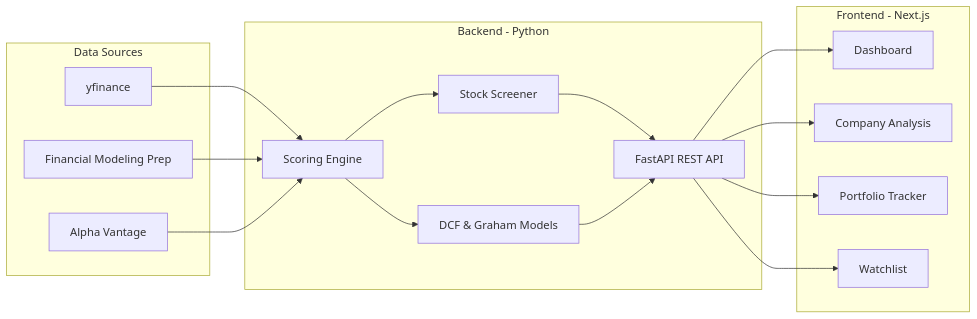
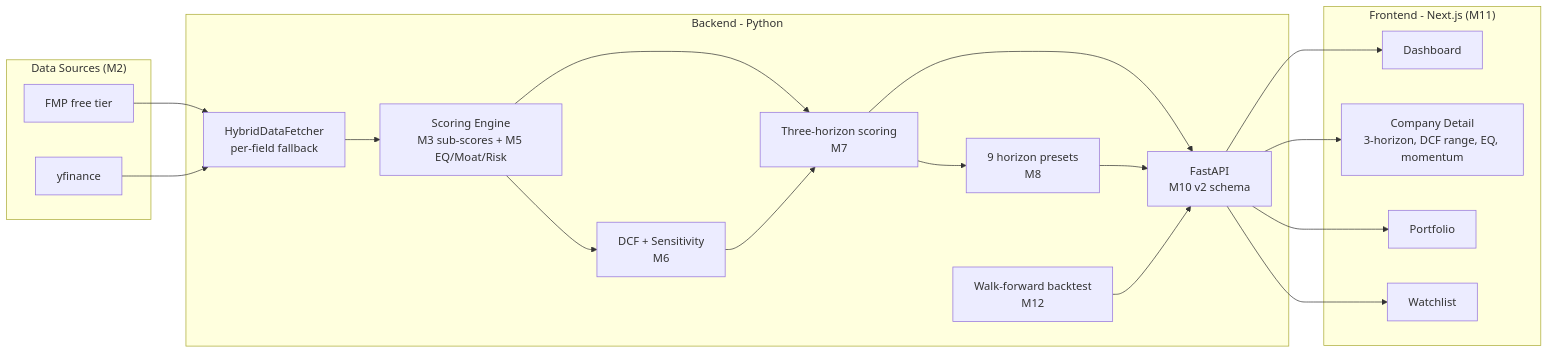
The diagram in README.md (TomSOhm/invest), drawn with Mermaid before and after one commit. The commit also changed other lines of this file and 9 other files, not shown here.

Commit message:
docs: refresh METHODOLOGY/DATA_SOURCES/PROJECT_BRIEF + 5 ADRs + CHANGELOG (M13)

````diff
--- a/README.md
+++ b/README.md
@@ -39,34 +57,39 @@
 ```mermaid
 graph LR
-    subgraph Data Sources
+    subgraph "Data Sources (M2)"
+        FMP[FMP free tier]
         YF[yfinance]
-        FMP[Financial Modeling Prep]
-        AV[Alpha Vantage]
     end
 
-    subgraph Backend - Python
-        ENGINE[Scoring Engine]
-        SCREENER[Stock Screener]
-        DCF[DCF & Graham Models]
-        API[FastAPI REST API]
+    subgraph "Backend - Python"
+        HYBRID[HybridDataFetcher<br/>per-field fallback]
+        ENGINE[Scoring Engine<br/>M3 sub-scores + M5 EQ/Moat/Risk]
+        DCF[DCF + Sensitivity<br/>M6]
+        HORIZONS[Three-horizon scoring<br/>M7]
+        SCREENER[9 horizon presets<br/>M8]
+        BACKTEST[Walk-forward backtest<br/>M12]
+        API[FastAPI<br/>M10 v2 schema]
     end
 
-    subgraph Frontend - Next.js
+    subgraph "Frontend - Next.js (M11)"
         DASH[Dashboard]
-        COMPANY[Company Analysis]
-        PORT[Portfolio Tracker]
+        COMPANY[Company Detail<br/>3-horizon, DCF range, EQ, momentum]
+        PORT[Portfolio]
         WATCH[Watchlist]
     end
 
-    YF --> ENGINE
-    FMP --> ENGINE
-    AV --> ENGINE
-    ENGINE --> SCREENER
+    FMP --> HYBRID
+    YF --> HYBRID
+    HYBRID --> ENGINE
     ENGINE --> DCF
+    ENGINE --> HORIZONS
+    DCF --> HORIZONS
+    HORIZONS --> SCREENER
+    HORIZONS --> API
     SCREENER --> API
-    DCF --> API
+    BACKTEST --> API
     API --> DASH
     API --> COMPANY
     API --> PORT
     API --> WATCH
 ```
````
